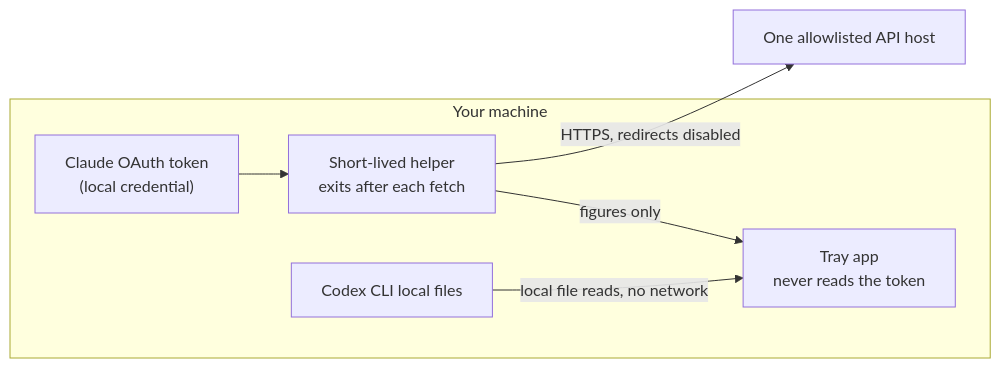
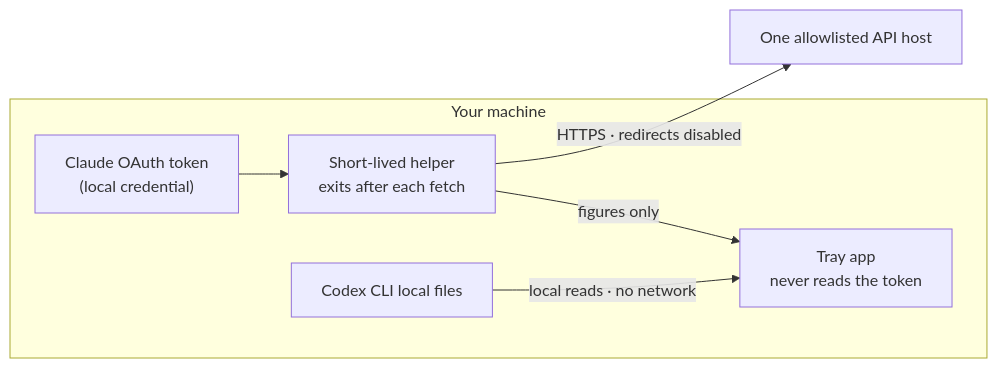
Before and after one commit to drushegh/AI-Usage: the diagram in README.md, drawn with Mermaid. The commit also changed other lines of this file and 12 other files, not shown here.

````diff
--- a/README.md
+++ b/README.md
@@ -71,17 +50,17 @@
 ```mermaid
 flowchart LR
   subgraph machine["Your machine"]
     token["Claude OAuth token
 (local credential)"]
     helper["Short-lived helper
 exits after each fetch"]
     tray["Tray app
 never reads the token"]
     codexfiles["Codex CLI local files"]
   end
   api["One allowlisted API host"]
   token --> helper
-  helper -->|"HTTPS, redirects disabled"| api
+  helper -->|"HTTPS · redirects disabled"| api
   helper -->|"figures only"| tray
-  codexfiles -->|"local file reads, no network"| tray
+  codexfiles -->|"local reads · no network"| tray
 ```
````
